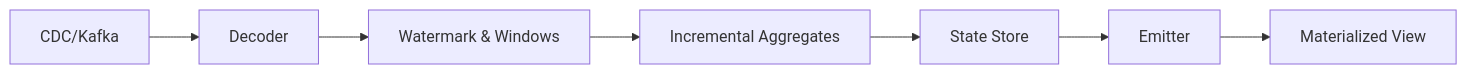
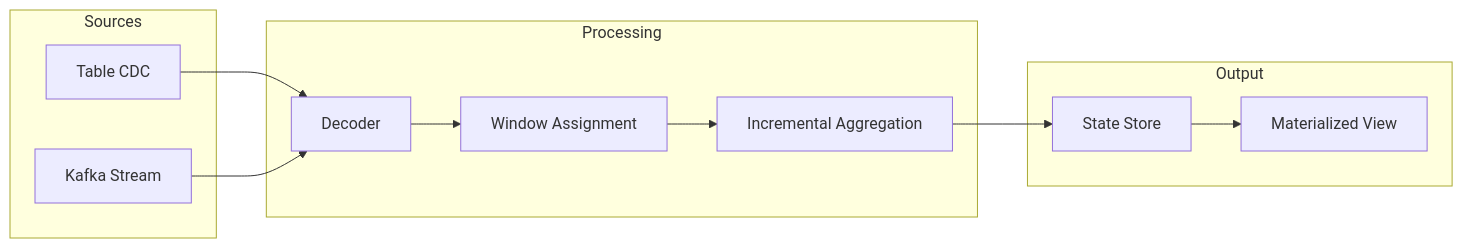
The fifth of 9 diagrams in README.md (hoangsonww/LatticeDB-NextGen-DBMS), drawn with Mermaid before and after one commit. The commit also changed other lines of this file and 82 other files, not shown here.

````diff
--- a/README.md
+++ b/README.md
@@ -355,9 +377,22 @@
 ```mermaid
 flowchart LR
-  SRC[CDC/Kafka] --> PARSE[Decoder]
-  PARSE --> WTR[Watermark & Windows]
-  WTR --> AGG[Incremental Aggregates]
-  AGG --> SNAP[State Store]
-  SNAP --> EMIT[Emitter]
-  EMIT --> MV[Materialized View]
+    subgraph Sources
+        CDC[Table CDC]
+        KAFKA[Kafka Stream]
+    end
+    subgraph Processing
+        DECODE[Decoder]
+        WINDOW[Window Assignment]
+        AGG[Incremental Aggregation]
+    end
+    subgraph Output
+        STATE[State Store]
+        MV[Materialized View]
+    end
+    CDC --> DECODE
+    KAFKA --> DECODE
+    DECODE --> WINDOW
+    WINDOW --> AGG
+    AGG --> STATE
+    STATE --> MV
 ```
````
